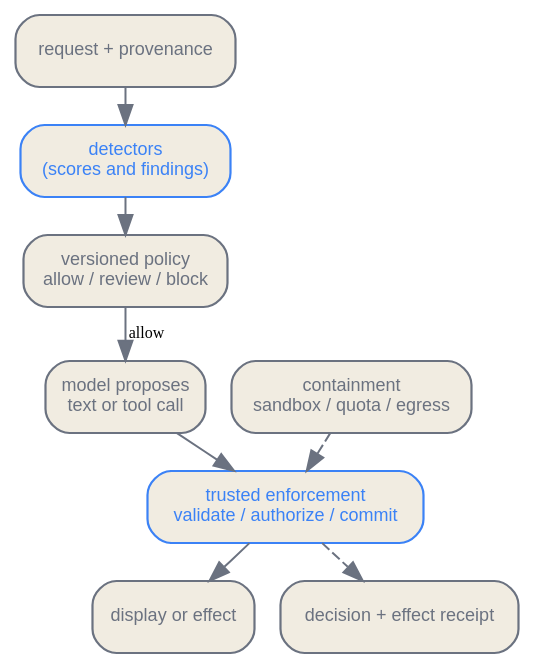
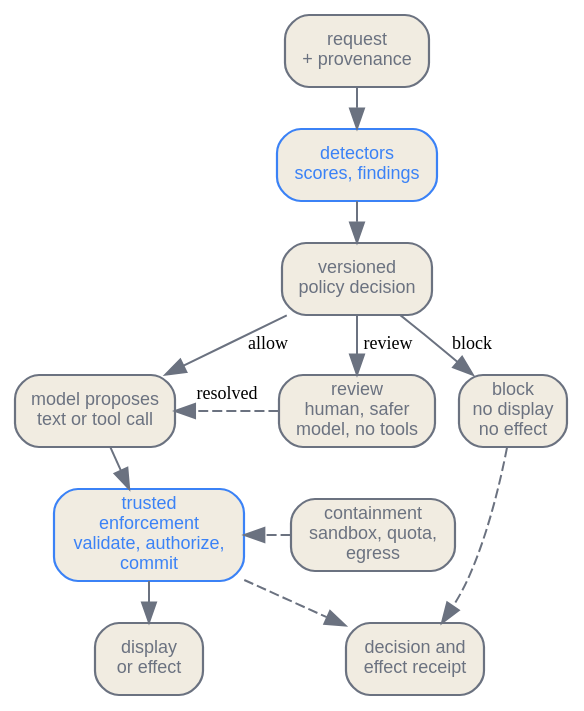
One commit to latere-ai/ai-as-an-infrastructure changed the diagram in en/safety/04-runtime-safety.qmd. Above: the diagram before and after it, drawn with Graphviz. The commit also changed other lines of this file and 1 other file, not shown here.

Commit message:
safety: runtime control path draws the review and block outcomes

````diff
--- a/en/safety/04-runtime-safety.qmd
+++ b/en/safety/04-runtime-safety.qmd
@@ -47,27 +47,36 @@
 ```{dot}
 //| label: fig-runtime-control-path
-//| fig-cap: "The runtime control path. Learned detectors provide evidence to a versioned policy decision. Trusted code enforces the decision before display or execution, while containment limits failures and receipts record outcomes."
+//| fig-cap: "The runtime control path. Learned detectors provide evidence to a versioned policy decision with three outcomes: allow, review, or block. Trusted code enforces an allowed proposal before display or execution, containment limits what a miss can reach, and every outcome, including a block, writes a receipt."
 digraph runtime {
   rankdir=TB;
   bgcolor="transparent";
-  nodesep=0.18;
-  ranksep=0.24;
+  nodesep=0.16;
+  ranksep=0.26;
   node [shape=box, style="rounded,filled", fontname="Helvetica", fontsize=9, margin="0.06,0.04", color="#6b7280", fontcolor="#6b7280", fillcolor="#f1ece1", penwidth=1.1];
-  edge [color="#6b7280", fontsize=8];
+  edge [color="#6b7280", fontsize=9];
 
-  request [label="request + provenance"];
-  detect [label="detectors\n(scores and findings)", color="#3b82f6", fontcolor="#3b82f6"];
-  decide [label="versioned policy\nallow / review / block"];
+  request [label="request\n+ provenance"];
+  detect [label="detectors\nscores, findings", color="#3b82f6", fontcolor="#3b82f6"];
+  decide [label="versioned\npolicy decision"];
   model [label="model proposes\ntext or tool call"];
-  enforce [label="trusted enforcement\nvalidate / authorize / commit", color="#3b82f6", fontcolor="#3b82f6"];
-  result [label="display or effect"];
-  contain [label="containment\nsandbox / quota / egress"];
-  receipt [label="decision + effect receipt"];
+  review [label="review\nhuman, safer\nmodel, no tools"];
+  block [label="block\nno display\nno effect"];
+  enforce [label="trusted\nenforcement\nvalidate, authorize,\ncommit", color="#3b82f6", fontcolor="#3b82f6"];
+  contain [label="containment\nsandbox, quota,\negress"];
+  result [label="display\nor effect"];
+  receipt [label="decision and\neffect receipt"];
 
   request -> detect -> decide;
   decide -> model [label="allow"];
+  decide -> review [label="review"];
+  decide -> block [label="block"];
+  review -> model [label="resolved", style=dashed, constraint=false];
   model -> enforce -> result;
   contain -> enforce [style=dashed];
   enforce -> receipt [style=dashed];
+  block -> receipt [style=dashed];
+  {rank=same; model; review; block;}
+  {rank=same; enforce; contain;}
+  {rank=same; result; receipt;}
 }
 ```
````
